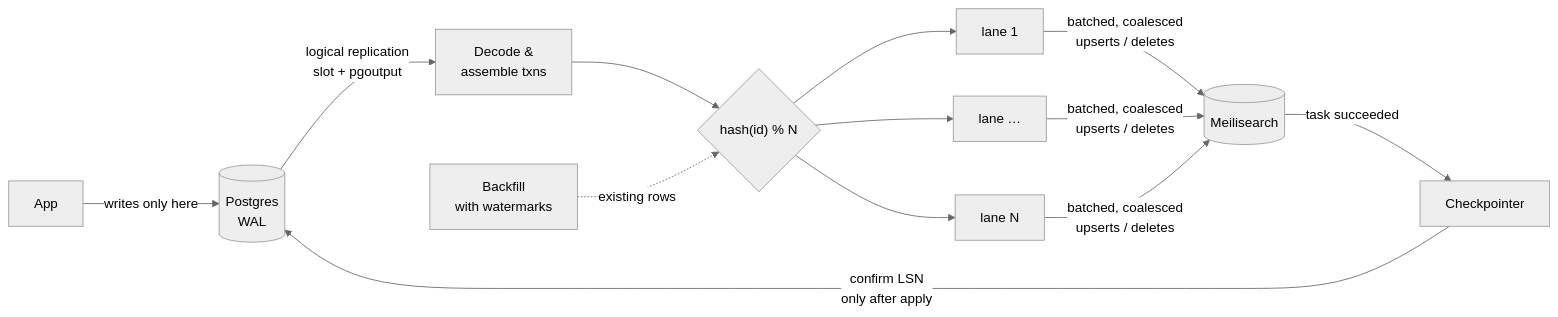
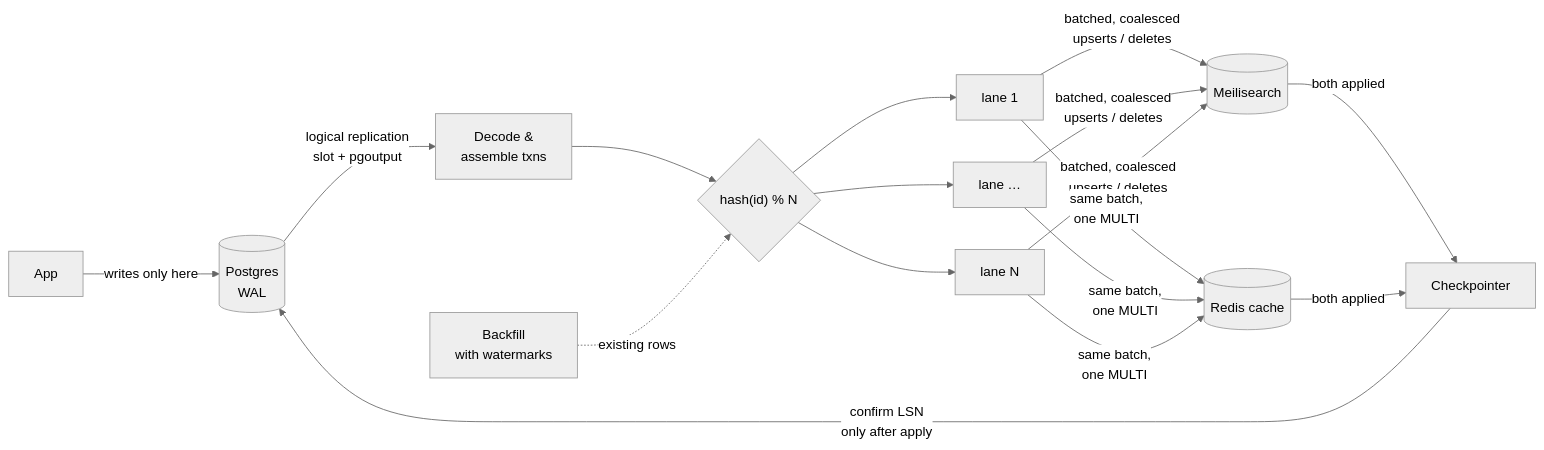
Before and after one commit to Kunal874/driftless: the diagram in README.md, drawn with Mermaid (neutral theme). The commit also changed other lines of this file and 8 other files, not shown here.

````diff
--- a/README.md
+++ b/README.md
@@ -49,13 +50,14 @@
 ```mermaid
 flowchart LR
   app[App] -->|writes only here| pg[(Postgres<br/>WAL)]
   pg -->|logical replication<br/>slot + pgoutput| decode[Decode &<br/>assemble txns]
   decode --> route{"hash(id) % N"}
   route --> l1[lane 1]
   route --> l2[lane …]
   route --> ln[lane N]
   l1 & l2 & ln -->|batched, coalesced<br/>upserts / deletes| meili[(Meilisearch)]
-  meili -->|task succeeded| cp[Checkpointer]
+  l1 & l2 & ln -->|same batch,<br/>one MULTI| redis[(Redis cache)]
+  meili & redis -->|both applied| cp[Checkpointer]
   cp -->|confirm LSN<br/>only after apply| pg
   bf[Backfill<br/>with watermarks] -.->|existing rows| route
 ```
````
